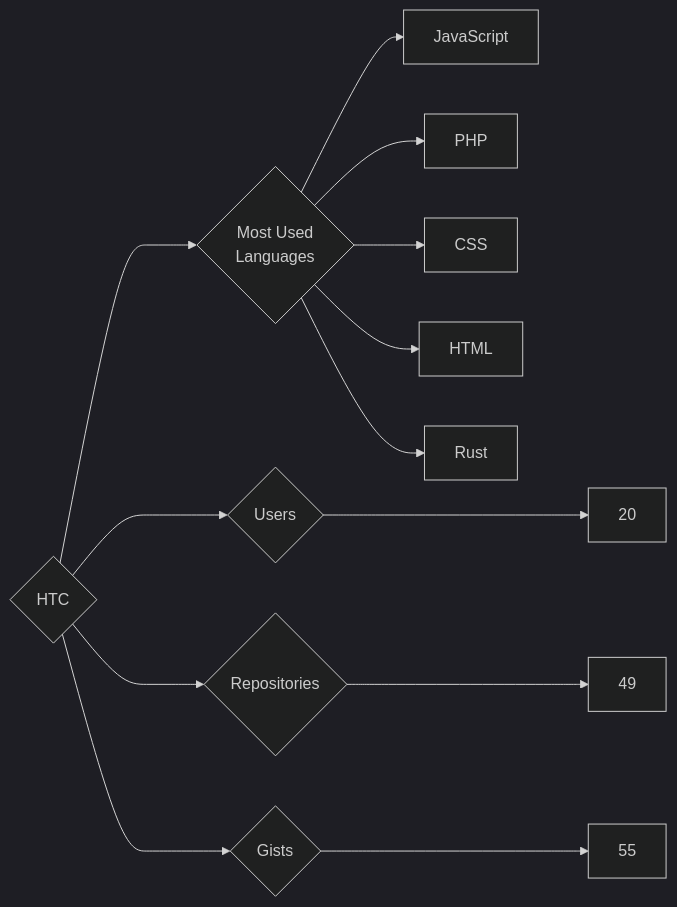
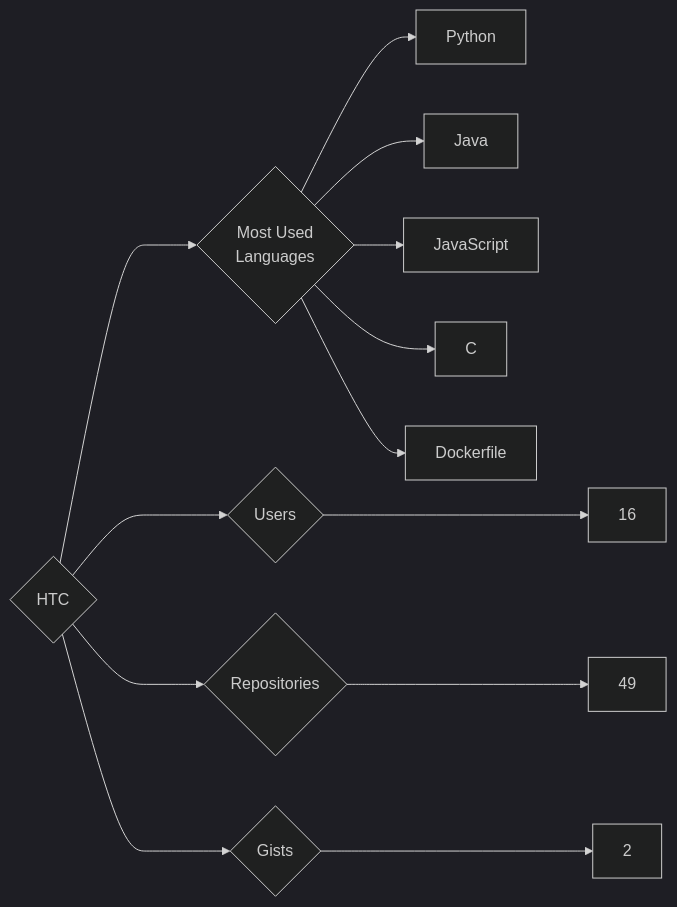
The diagram in targets/HTC/README.md (trickest/insiders), drawn with Mermaid (dark theme) before and after one commit. The commit also changed 916 other files, not shown here.

````diff
--- a/targets/HTC/README.md
+++ b/targets/HTC/README.md
@@ -3,13 +3,13 @@
 ```mermaid
 graph LR
 COMPANY_NAME{HTC}
-COMPANY_NAME ---> U{Users} ---> UN[20]
+COMPANY_NAME ---> U{Users} ---> UN[16]
 COMPANY_NAME ---> R{Repositories} ---> RN[49]
-COMPANY_NAME ---> G{Gists} ---> GN[55]
+COMPANY_NAME ---> G{Gists} ---> GN[2]
 COMPANY_NAME ---> ML{Most Used<br>Languages}
+ML --> Python[Python]
+ML --> Java[Java]
 ML --> JavaScript[JavaScript]
-ML --> PHP[PHP]
-ML --> CSS[CSS]
-ML --> HTML[HTML]
-ML --> Rust[Rust]
+ML --> C[C]
+ML --> Dockerfile[Dockerfile]
 ```
````
